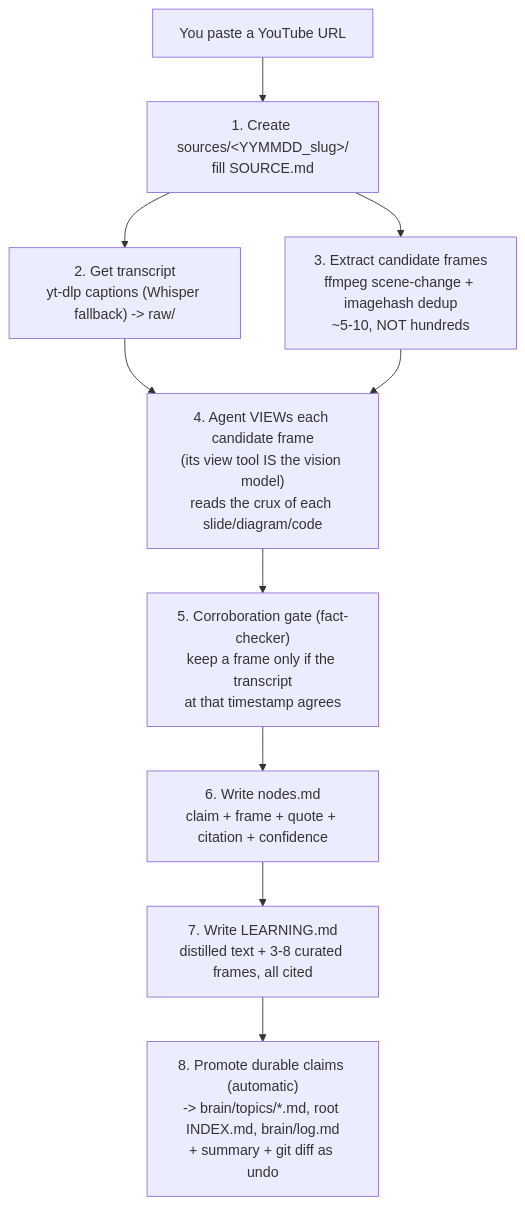
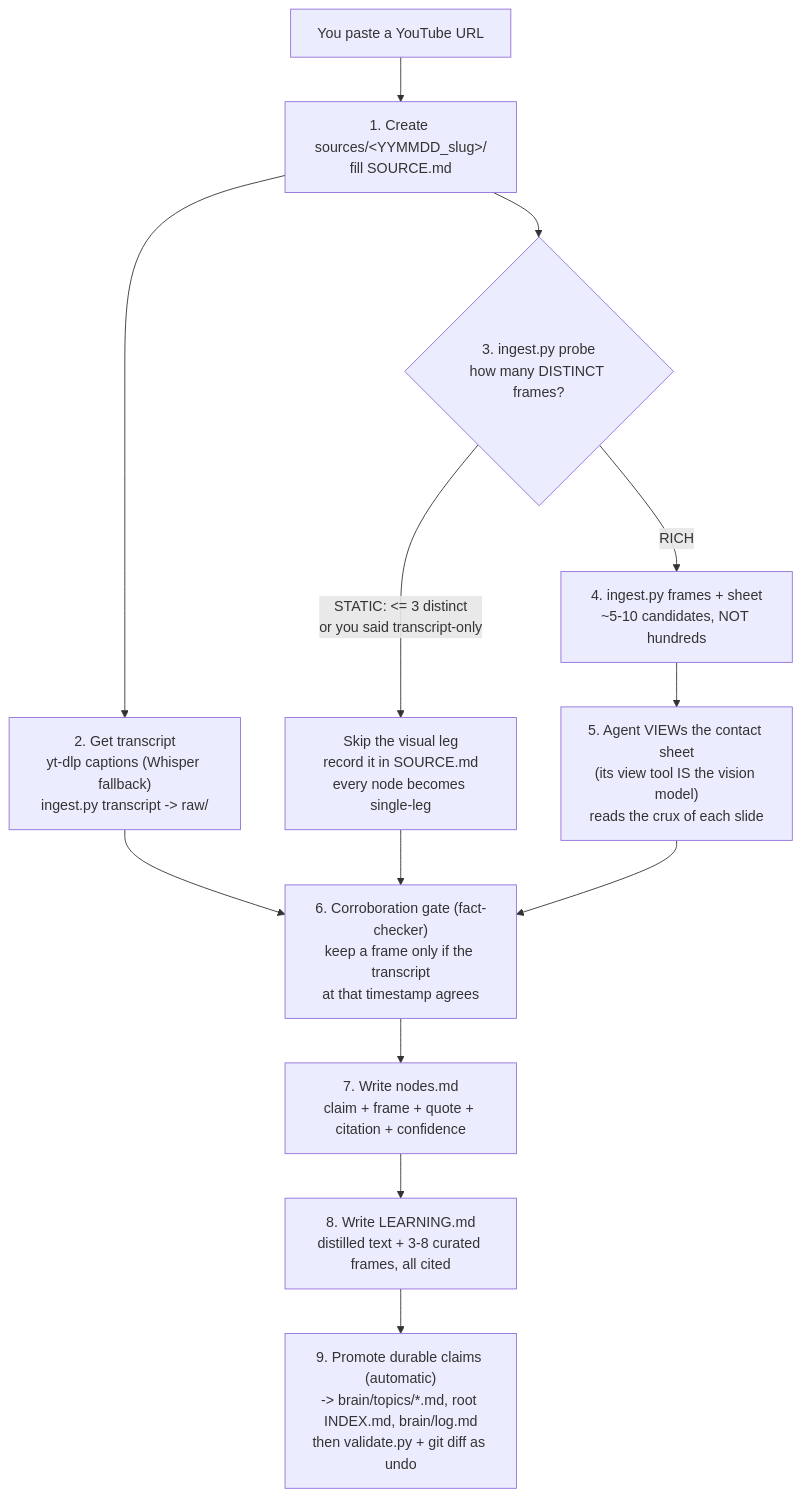
Before and after one commit to 0xchamin/mincha_brain: the first of 3 diagrams in how_to_use_this.md, drawn with Mermaid. The commit also changed other lines of this file and 2 other files, not shown here.

````diff
--- a/how_to_use_this.md
+++ b/how_to_use_this.md
@@ -145,12 +158,15 @@
 ```mermaid
 flowchart TD
     U["You paste a YouTube URL"] --> C["1. Create sources/&lt;YYMMDD_slug&gt;/<br/>fill SOURCE.md"]
-    C --> T["2. Get transcript<br/>yt-dlp captions (Whisper fallback) -> raw/"]
-    C --> F["3. Extract candidate frames<br/>ffmpeg scene-change + imagehash dedup<br/>~5-10, NOT hundreds"]
-    T --> V["4. Agent VIEWs each candidate frame<br/>(its view tool IS the vision model)<br/>reads the crux of each slide/diagram/code"]
-    F --> V
-    V --> G["5. Corroboration gate (fact-checker)<br/>keep a frame only if the transcript<br/>at that timestamp agrees"]
-    G --> N["6. Write nodes.md<br/>claim + frame + quote + citation + confidence"]
-    N --> L["7. Write LEARNING.md<br/>distilled text + 3-8 curated frames, all cited"]
-    L --> P["8. Promote durable claims (automatic)<br/>-> brain/topics/*.md, root INDEX.md, brain/log.md<br/>+ summary + git diff as undo"]
+    C --> T["2. Get transcript<br/>yt-dlp captions (Whisper fallback)<br/>ingest.py transcript -> raw/"]
+    C --> PR{"3. ingest.py probe<br/>how many DISTINCT frames?"}
+    PR -->|"STATIC: &lt;= 3 distinct<br/>or you said transcript-only"| SK["Skip the visual leg<br/>record it in SOURCE.md<br/>every node becomes single-leg"]
+    PR -->|RICH| F["4. ingest.py frames + sheet<br/>~5-10 candidates, NOT hundreds"]
+    F --> V["5. Agent VIEWs the contact sheet<br/>(its view tool IS the vision model)<br/>reads the crux of each slide"]
+    V --> G["6. Corroboration gate (fact-checker)<br/>keep a frame only if the transcript<br/>at that timestamp agrees"]
+    T --> G
+    SK --> G
+    G --> N["7. Write nodes.md<br/>claim + frame + quote + citation + confidence"]
+    N --> L["8. Write LEARNING.md<br/>distilled text + 3-8 curated frames, all cited"]
+    L --> P["9. Promote durable claims (automatic)<br/>-> brain/topics/*.md, root INDEX.md, brain/log.md<br/>then validate.py + git diff as undo"]
 ```
````
